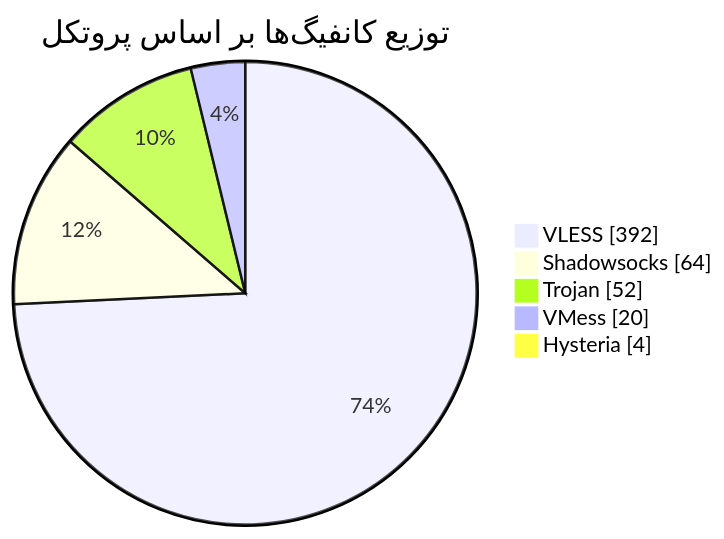
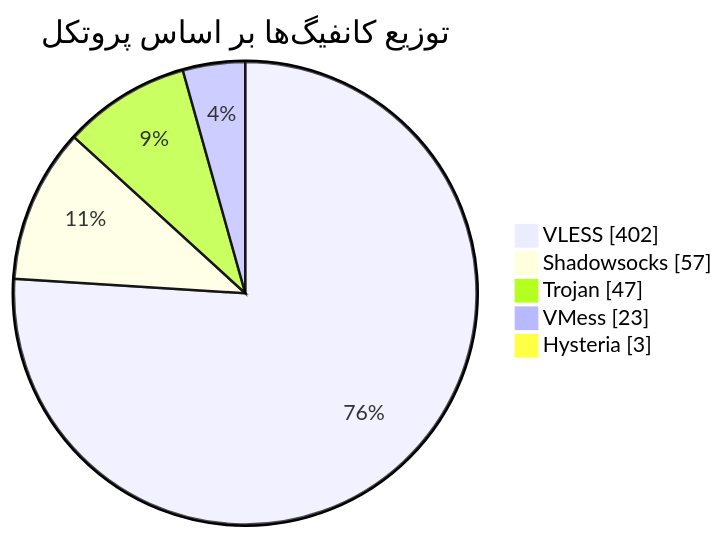
Before and after one commit to Arian-Alijani/Somthing: the diagram in README.md, drawn with Mermaid. The commit also changed other lines of this file and 77 other files, not shown here.

````diff
--- a/README.md
+++ b/README.md
@@ -47,9 +47,9 @@
 ```mermaid
 pie showData
     title توزیع کانفیگ‌ها بر اساس پروتکل
-    "VLESS" : 392
-    "Shadowsocks" : 64
-    "Trojan" : 52
-    "VMess" : 20
-    "Hysteria" : 4
+    "VLESS" : 402
+    "Shadowsocks" : 57
+    "Trojan" : 47
+    "VMess" : 23
+    "Hysteria" : 3
 ```
````
